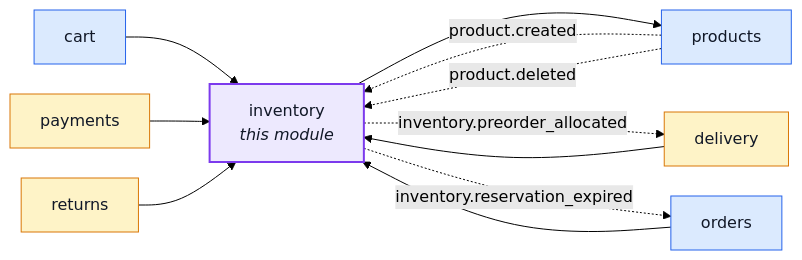
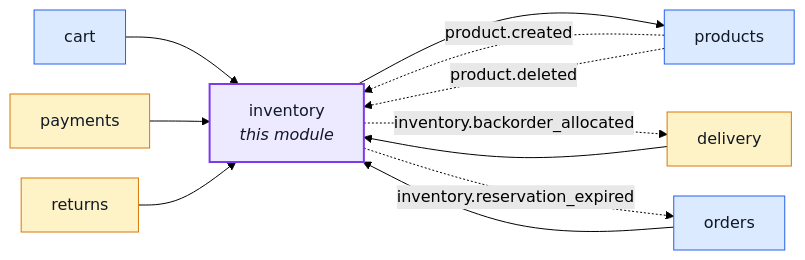
The first of 2 diagrams in docs/modules/inventory.md (Guebbit/boilerplate-node-backend), drawn with Mermaid (forest theme) before and after one commit. The commit also changed 45 other files, not shown here.

First line of the commit message:
refactor(inventory): name the owed-units counter layer backorder, not preorder

````diff
--- a/docs/modules/inventory.md
+++ b/docs/modules/inventory.md
@@ -18,30 +18,30 @@
 ```mermaid
 %%{init: {'flowchart': {'nodeSpacing': 30, 'rankSpacing': 60}}}%%
 flowchart LR
     inventory["inventory<br/><i>this module</i>"]
     cart["cart"]
     delivery["delivery"]
     orders["orders"]
     payments["payments"]
     products["products"]
     returns["returns"]
 
     cart --> inventory
     delivery --> inventory
     orders --> inventory
     payments --> inventory
     returns --> inventory
     inventory --> products
     products -. "product.created" .-> inventory
     products -. "product.deleted" .-> inventory
-    inventory -. "inventory.preorder_allocated" .-> delivery
+    inventory -. "inventory.backorder_allocated" .-> delivery
     inventory -. "inventory.reservation_expired" .-> orders
 
     classDef core fill:#dbeafe,stroke:#2563eb,color:#111827;
     classDef supporting fill:#fef3c7,stroke:#d97706,color:#111827;
     classDef generic fill:#dcfce7,stroke:#16a34a,color:#111827;
     classDef centre fill:#ede9fe,stroke:#7c3aed,stroke-width:2px,color:#111827;
     class cart,orders,products core;
     class delivery,payments,returns supporting;
     class inventory centre;
 ```
````
